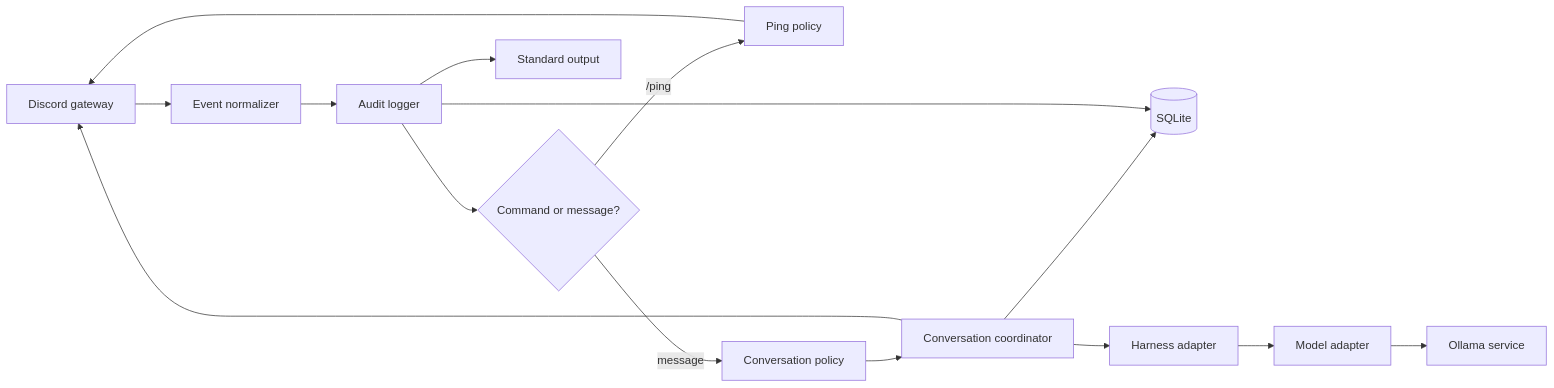
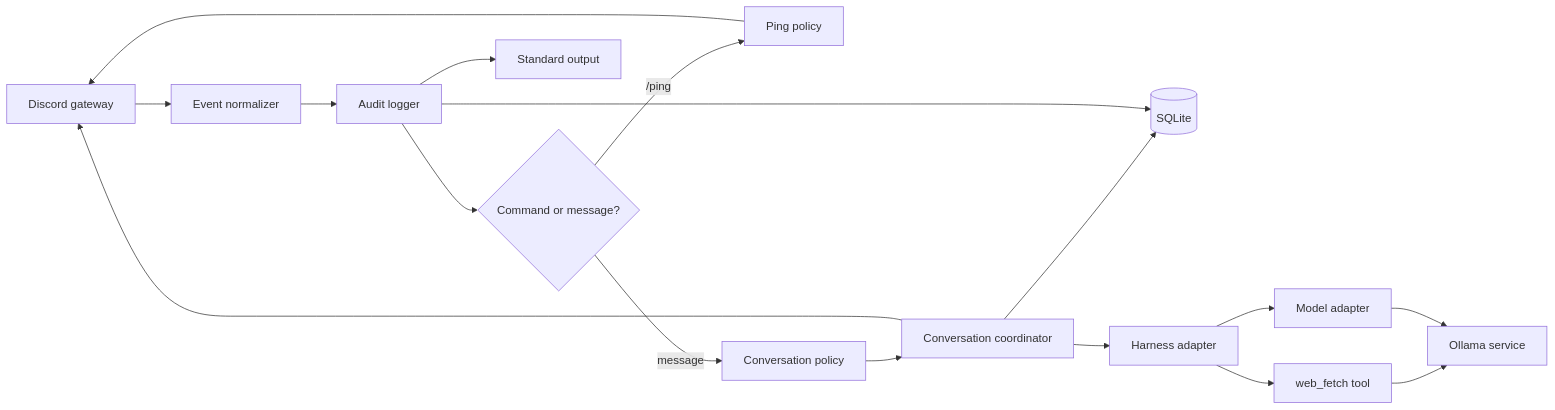
Before and after one commit to HSV-AI/artemis: the diagram in design/rebuild-guide.md, drawn with Mermaid. The commit also changed other lines of this file and 10 other files, not shown here.

Commit message:
Add Ollama web fetch tool

````diff
--- a/design/rebuild-guide.md
+++ b/design/rebuild-guide.md
@@ -37,17 +38,19 @@
 ```mermaid
 flowchart LR
     Discord[Discord gateway] --> Normalize[Event normalizer]
     Normalize --> Audit[Audit logger]
     Audit --> Route{Command or message?}
     Route -->|/ping| Ping[Ping policy]
     Route -->|message| Policy[Conversation policy]
     Policy --> Sessions[Conversation coordinator]
     Sessions --> Store[(SQLite)]
     Sessions --> Harness[Harness adapter]
     Harness --> Model[Model adapter]
+    Harness --> WebFetch[web_fetch tool]
+    WebFetch --> Ollama
     Model --> Ollama[Ollama service]
     Ping --> Discord
     Sessions --> Discord
     Audit --> Console[Standard output]
     Audit --> Store
 ```
````
